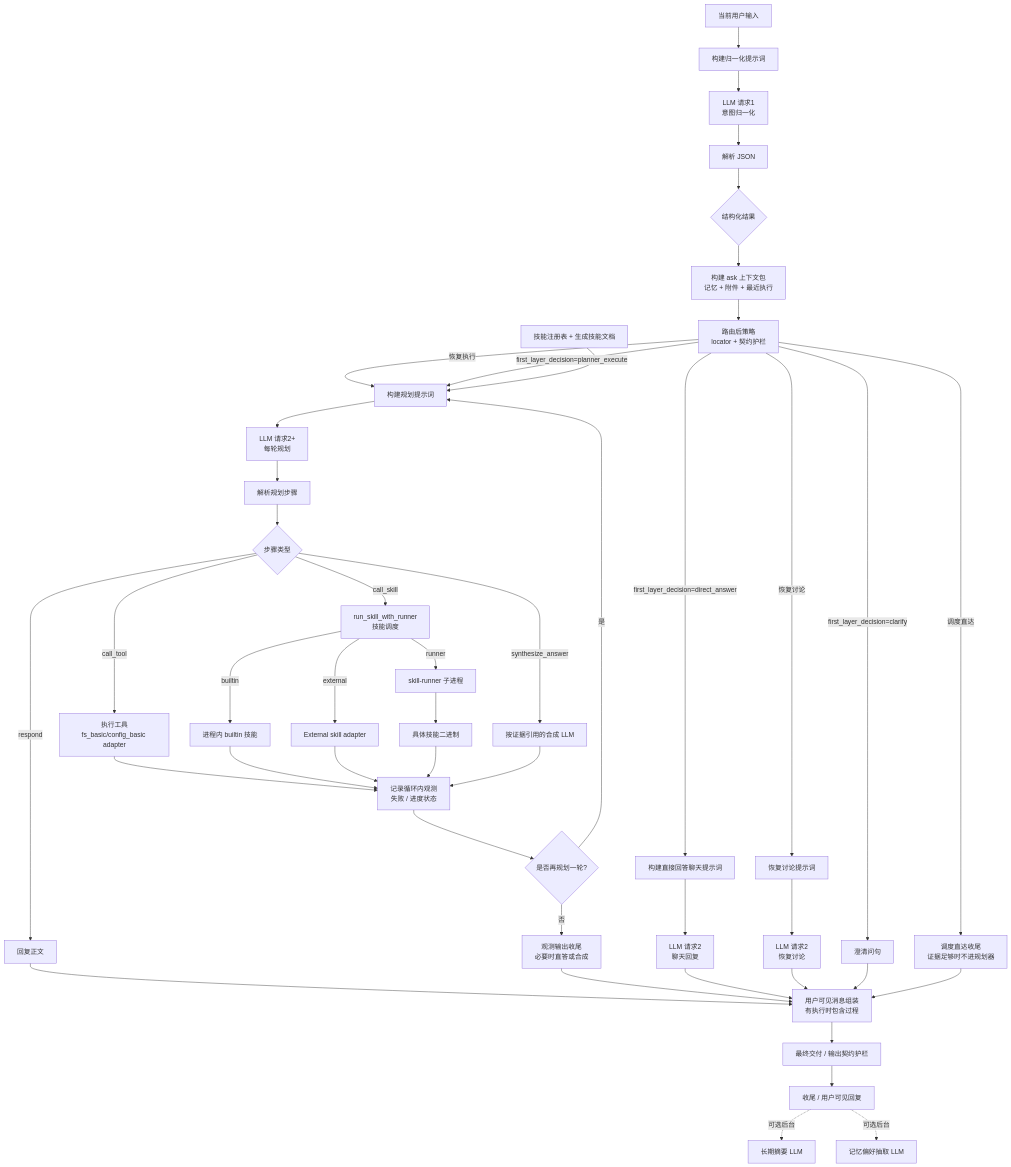
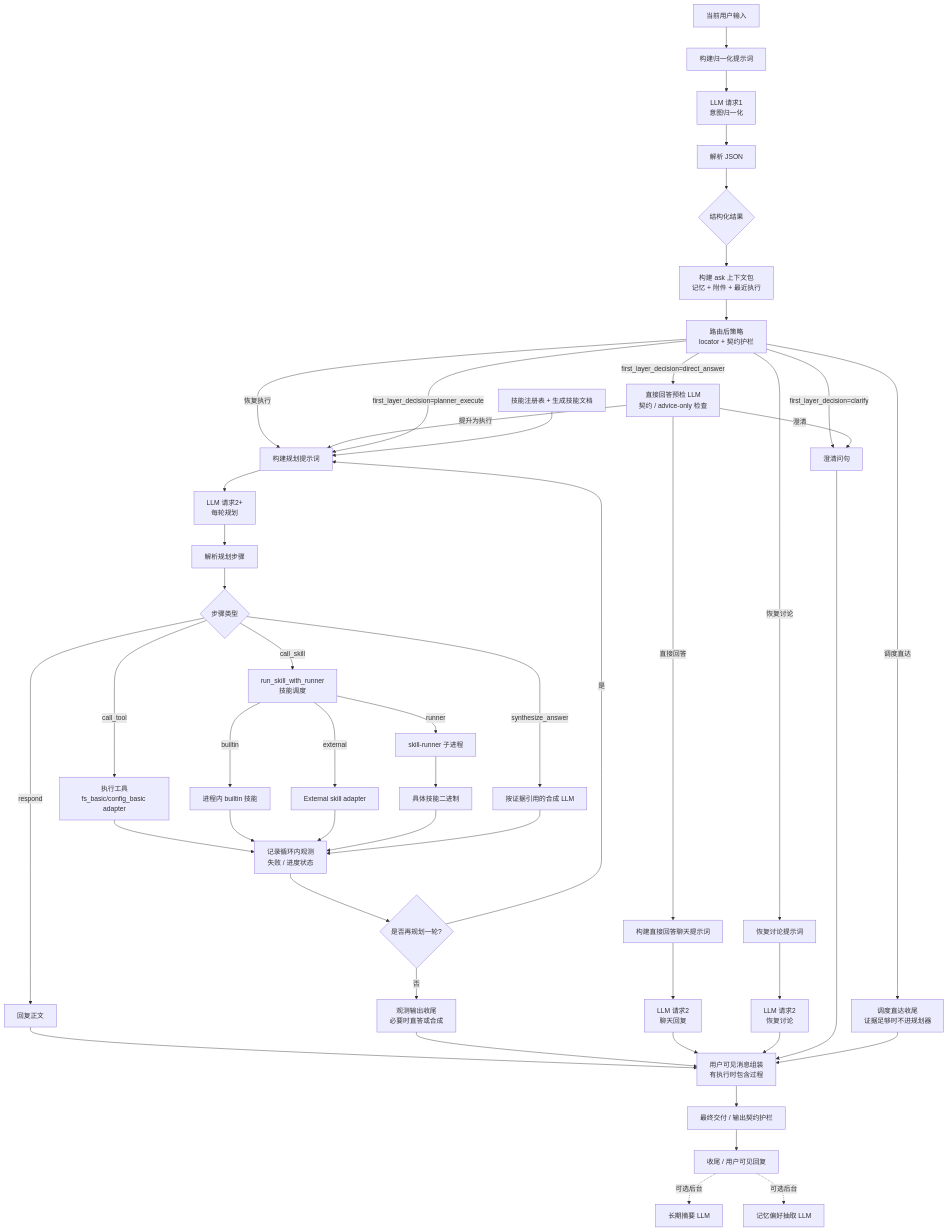
One commit to MatrixCoreX/RustClaw changed the second of 2 diagrams in README.zh-CN.md. Above: the diagram before and after it, drawn with Mermaid. The commit also changed other lines of this file and 1 other file, not shown here.

Commit message:
Update runtime flow docs

````diff
--- a/README.zh-CN.md
+++ b/README.zh-CN.md
@@ -108,47 +112,50 @@
 ```mermaid
 flowchart TD
     A[当前用户输入] --> B[构建归一化提示词]
     B --> C[LLM 请求1<br/>意图归一化]
     C --> D[解析 JSON]
     D --> E{结构化结果}
     E --> Ec[构建 ask 上下文包<br/>记忆 + 附件 + 最近执行]
     Ec --> E2[路由后策略<br/>locator + 契约护栏]
     E2 -->|调度直达| Fs[调度直达收尾<br/>证据足够时不进规划器]
     E2 -->|恢复讨论| Fr[恢复讨论提示词]
     E2 -->|恢复执行| H
     E2 -->|first_layer_decision=clarify| F[澄清问句]
-    E2 -->|first_layer_decision=direct_answer| G[构建直接回答聊天提示词]
+    E2 -->|first_layer_decision=direct_answer| G0[直接回答预检 LLM<br/>契约 / advice-only 检查]
+    G0 -->|直接回答| G[构建直接回答聊天提示词]
+    G0 -->|澄清| F
+    G0 -->|提升为执行| H
     E2 -->|first_layer_decision=planner_execute| H[构建规划提示词]
     SK[技能注册表 + 生成技能文档] --> H
     G --> Ic[LLM 请求2<br/>聊天回复]
     Fr --> Ir[LLM 请求2<br/>恢复讨论]
     H --> Ip[LLM 请求2+<br/>每轮规划]
     Ip --> J[解析规划步骤]
     J --> K{步骤类型}
     K -->|respond| L[回复正文]
     K -->|call_tool| M[执行工具<br/>fs_basic/config_basic adapter]
     K -->|call_skill| Ms[run_skill_with_runner<br/>技能调度]
     Ms -->|builtin| Msb[进程内 builtin 技能]
     Ms -->|external| Mse[External skill adapter]
     Ms -->|runner| Msr[skill-runner 子进程]
     Msr --> Msbinary[具体技能二进制]
     K -->|synthesize_answer| N[按证据引用的合成 LLM]
     M --> O[记录循环内观测<br/>失败 / 进度状态]
     Msb --> O
     Mse --> O
     Msbinary --> O
     N --> O
     O --> P{是否再规划一轮?}
     P -->|是| H
     P -->|否| Q[观测输出收尾<br/>必要时直答或合成]
     L --> VP[用户可见消息组装<br/>有执行时包含过程]
     Q --> VP
     Ic --> VP
     Ir --> VP
     F --> VP
     Fs --> VP
     VP --> R[最终交付 / 输出契约护栏]
     R --> S[收尾 / 用户可见回复]
     S -. 可选后台 .-> T[长期摘要 LLM]
     S -. 可选后台 .-> U[记忆偏好抽取 LLM]
 ```
````
